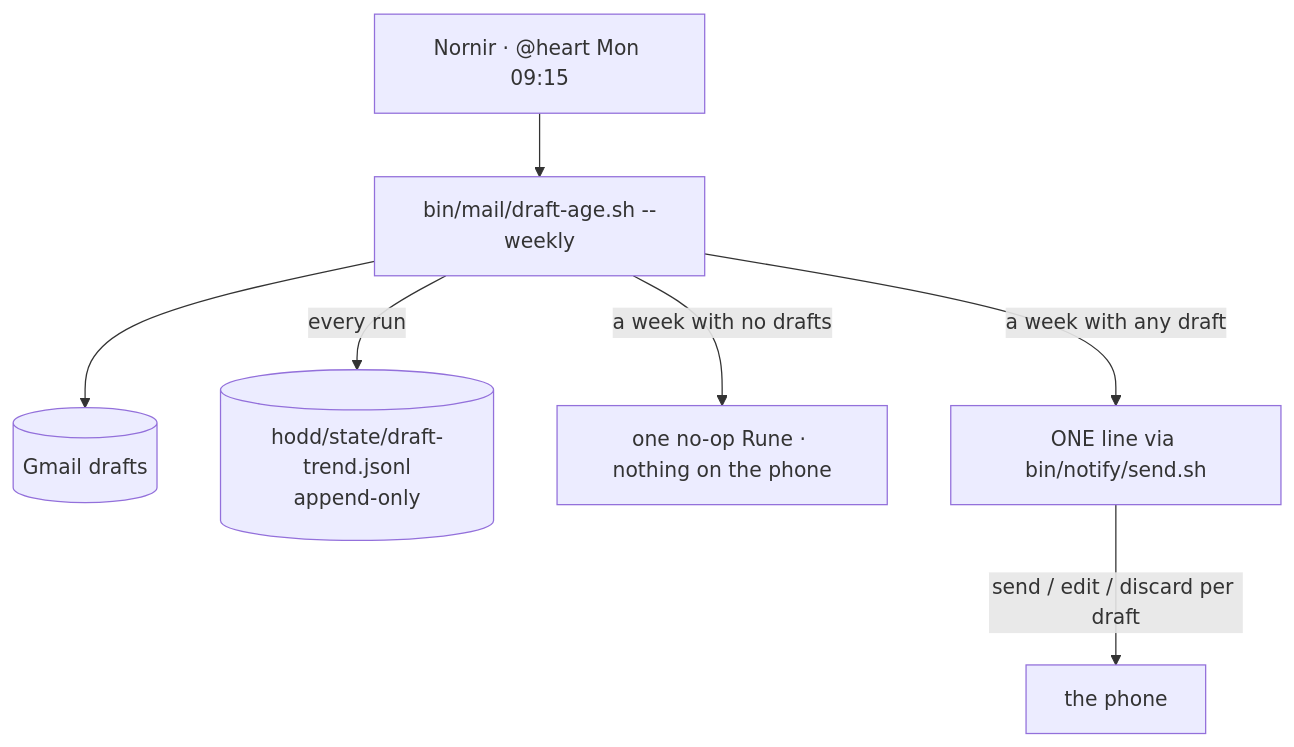
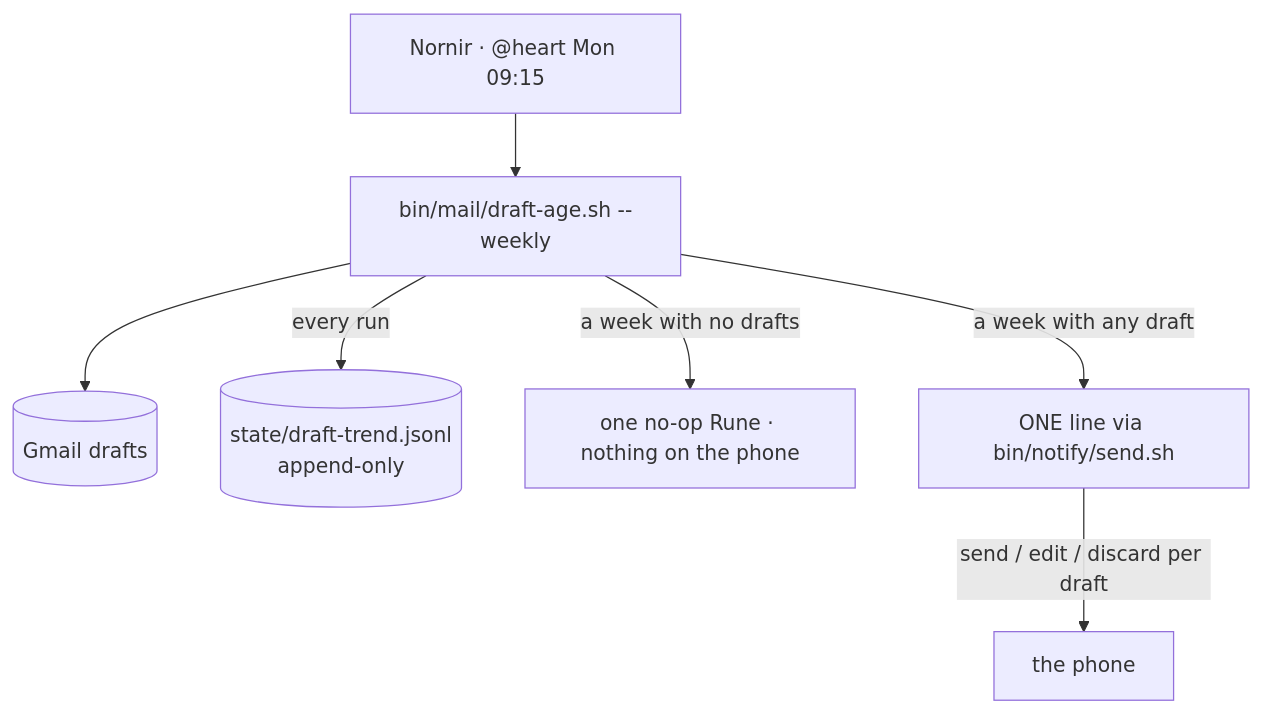
The second of 2 diagrams in docs/features/draft-age-the-unwritten-letter.md (zerwiz/ymir), drawn with Mermaid before and after one commit. The commit also changed other lines of this file and 243 other files, not shown here.

````diff
--- a/docs/features/draft-age-the-unwritten-letter.md
+++ b/docs/features/draft-age-the-unwritten-letter.md
@@ -112,9 +112,9 @@
 ```mermaid
 flowchart TD
     row[Nornir · @heart Mon 09:15] --> door[bin/mail/draft-age.sh --weekly]
     door --> drafts[(Gmail drafts)]
-    door -->|every run| trend[(hodd/state/draft-trend.jsonl<br/>append-only)]
+    door -->|every run| trend[(state/draft-trend.jsonl<br/>append-only)]
     door -->|a week with no drafts| rune[one no-op Rune · nothing on the phone]
     door -->|a week with any draft| line[ONE line via bin/notify/send.sh]
     line -->|send / edit / discard per draft| phone[the phone]
 ```
````
